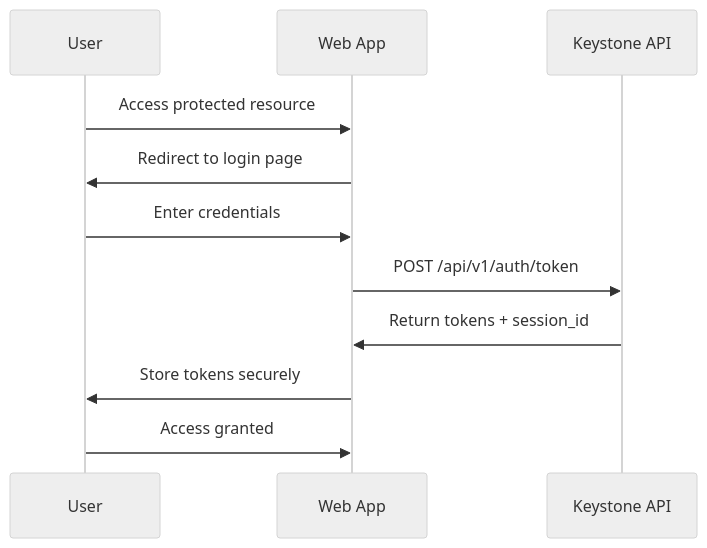
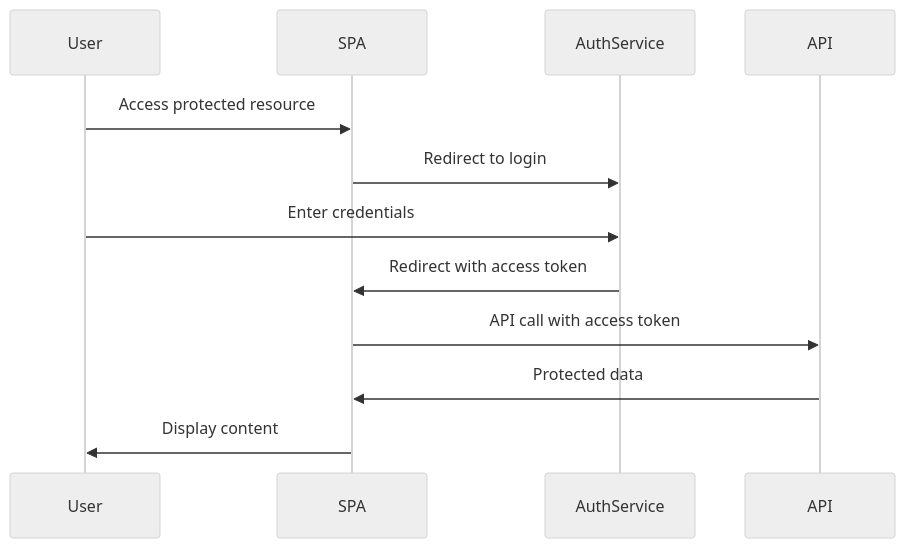
Before and after one commit to zakaria-lahyani/permiso: the second of 2 diagrams in docs/developer-portal/integrations/web-applications.md, drawn with Mermaid (neutral theme). The commit also changed other lines of this file and 66 other files, not shown here.

````diff
--- a/docs/developer-portal/integrations/web-applications.md
+++ b/docs/developer-portal/integrations/web-applications.md
@@ -22,14 +35,15 @@
 ```mermaid
 sequenceDiagram
-    participant User as User
-    participant App as Web App
-    participant Keystone as Keystone API
+    participant User
+    participant SPA
+    participant AuthService
+    participant API
 
-    User->>App: Access protected resource
-    App->>User: Redirect to login page
-    User->>App: Enter credentials
-    App->>Keystone: POST /api/v1/auth/token
-    Keystone->>App: Return tokens + session_id
-    App->>User: Store tokens securely
-    User->>App: Access granted
+    User->>SPA: Access protected resource
+    SPA->>AuthService: Redirect to login
+    User->>AuthService: Enter credentials
+    AuthService->>SPA: Redirect with access token
+    SPA->>API: API call with access token
+    API->>SPA: Protected data
+    SPA->>User: Display content
 ```
````
